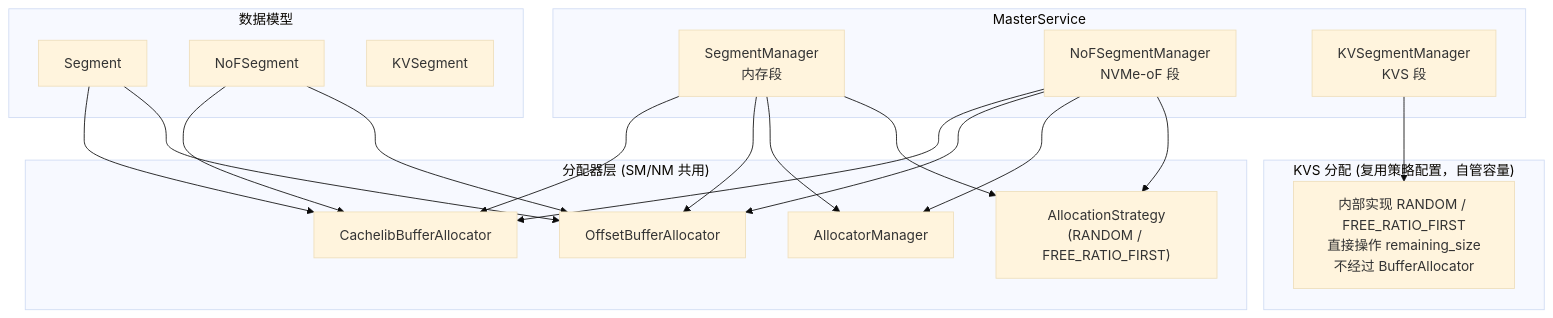
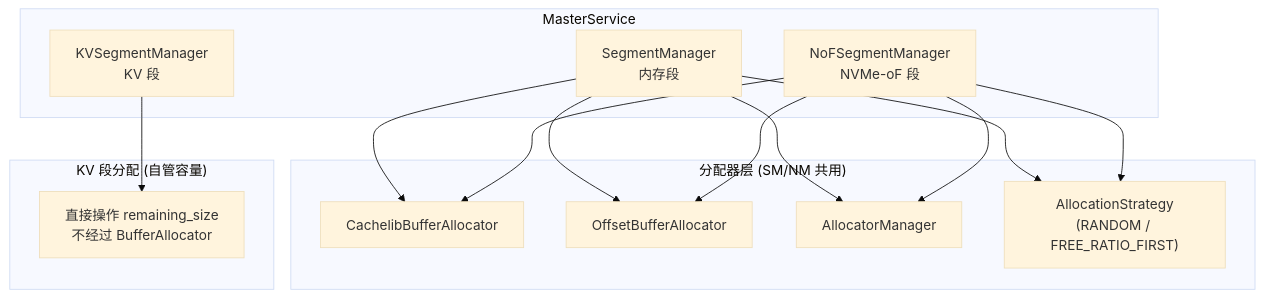
One commit to yz53665/Mooncake changed the first of 12 diagrams in mooncake-store/docs/KVUSegment_design.md. Above: the diagram before and after it, drawn with Mermaid (base theme). The commit also changed other lines of this file, not shown here.

````diff
--- a/mooncake-store/docs/KVUSegment_design.md
+++ b/mooncake-store/docs/KVUSegment_design.md
@@ -11,39 +16,23 @@
 ```mermaid
 graph TB
     subgraph MasterService
         SM[SegmentManager<br/>内存段]
         NM[NoFSegmentManager<br/>NVMe-oF 段]
-        KM[KVSegmentManager<br/>KVS 段]
+        KM[KVSegmentManager<br/>KV 段]
     end
 
     subgraph "分配器层 (SM/NM 共用)"
         CA[CachelibBufferAllocator]
         OA[OffsetBufferAllocator]
         AM[AllocatorManager]
         AS["AllocationStrategy<br/>(RANDOM / FREE_RATIO_FIRST)"]
     end
 
-    subgraph "KVS 分配 (复用策略配置，自管容量)"
-        KVS_ALLOC["内部实现 RANDOM / FREE_RATIO_FIRST<br/>直接操作 remaining_size<br/>不经过 BufferAllocator"]
+    subgraph "KV 段分配 (自管容量)"
+        KVS_ALLOC["直接操作 remaining_size<br/>不经过 BufferAllocator"]
     end
 
-    subgraph 数据模型
-        Seg[Segment]
-        NFS[NoFSegment]
-        KVS[KVSegment]
-    end
-
-    SM --> CA
-    SM --> OA
-    SM --> AM
-    SM --> AS
-    NM --> CA
-    NM --> OA
-    NM --> AM
-    NM --> AS
+    SM --> CA; SM --> OA; SM --> AM; SM --> AS
+    NM --> CA; NM --> OA; NM --> AM; NM --> AS
     KM --> KVS_ALLOC
-    Seg --> CA
-    Seg --> OA
-    NFS --> CA
-    NFS --> OA
 ```
````
